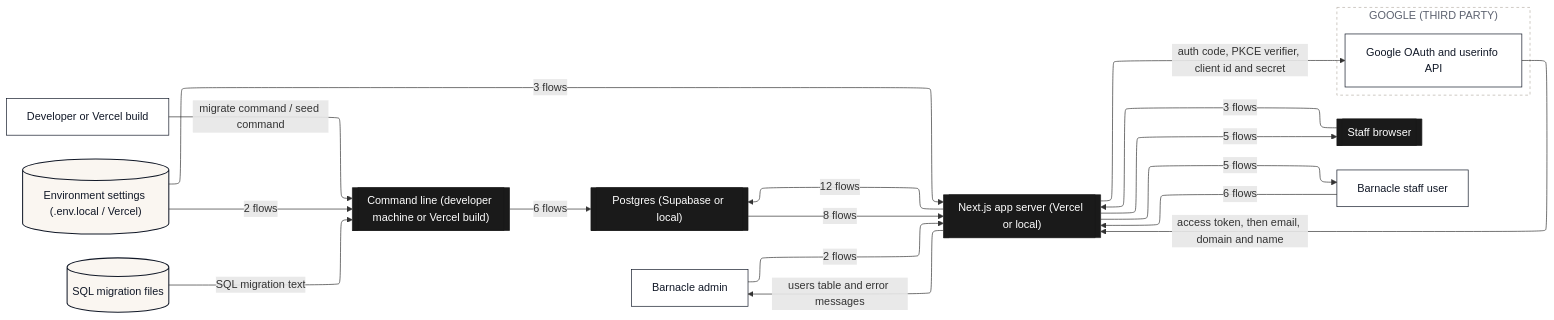
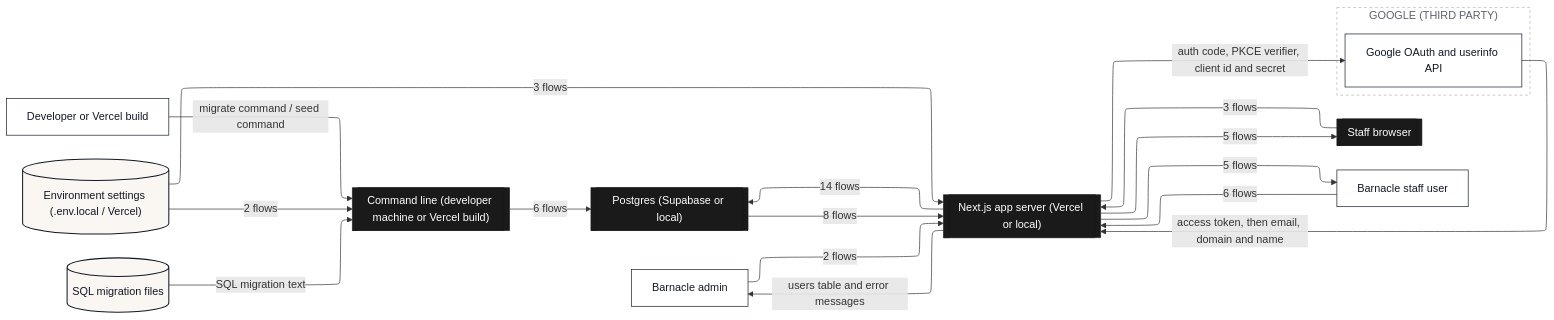
Before and after one commit to Romain-Perche/Barnacle-Pipe: the second of 8 diagrams in dataflow/DATAFLOW.md, drawn with Mermaid. The commit also changed other lines of this file and 9 other files, not shown here.

````diff
--- a/dataflow/DATAFLOW.md
+++ b/dataflow/DATAFLOW.md
@@ -76,44 +77,44 @@
 ```mermaid
 ---
 config:
   layout: elk
 ---
 flowchart LR
     n1[["Next.js app server (Vercel or local)"]]
     n2[["Staff browser"]]
     n3[["Command line (developer machine or Vercel build)"]]
     n4[["Postgres (Supabase or local)"]]
     n5["Barnacle admin"]
     n6["Developer or Vercel build"]
     n7[("Environment settings (.env.local / Vercel)")]
     n8[("SQL migration files")]
     n9["Barnacle staff user"]
     subgraph z1["GOOGLE (THIRD PARTY)"]
         n10["Google OAuth and userinfo API"]
     end
     n5 -->|"2 flows"| n1
     n1 -->|"5 flows"| n9
     n2 -->|"3 flows"| n1
-    n1 -->|"12 flows"| n4
+    n1 -->|"14 flows"| n4
     n4 -->|"8 flows"| n1
     n6 -->|"migrate command / seed command"| n3
     n7 -->|"3 flows"| n1
     n7 -->|"2 flows"| n3
     n1 -->|"5 flows"| n2
     n1 -->|"auth code, PKCE verifier, client id and secret"| n10
     n10 -->|"access token, then email, domain and name"| n1
     n3 -->|"6 flows"| n4
     n8 -->|"SQL migration text"| n3
     n9 -->|"6 flows"| n1
     n1 -->|"users table and error messages"| n5
     classDef actor fill:#FFFFFF,stroke:#111827,stroke-width:1px,color:#111827
     classDef process fill:#EDEAFF,stroke:#2B00FF,stroke-width:1.5px,color:#111827
     classDef store fill:#FAF6F1,stroke:#111827,stroke-width:1.5px,color:#111827
     classDef zone fill:#1A1A1A,stroke:#1A1A1A,color:#FFFFFF
     classDef group fill:#2B00FF,stroke:#2B00FF,color:#FFFFFF
     classDef stub fill:#FFFFFF,stroke:#2B00FF,stroke-width:1.5px,stroke-dasharray:5 4,color:#2B00FF
     class n5,n6,n9,n10 actor
     class n7,n8 store
     class n1,n2,n3,n4 zone
     style z1 fill:#FFFFFF,stroke:#B9B2A8,stroke-dasharray:4 4,color:#5D6270
 ```
````
